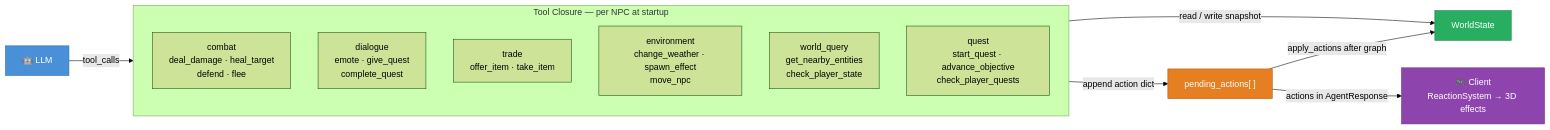
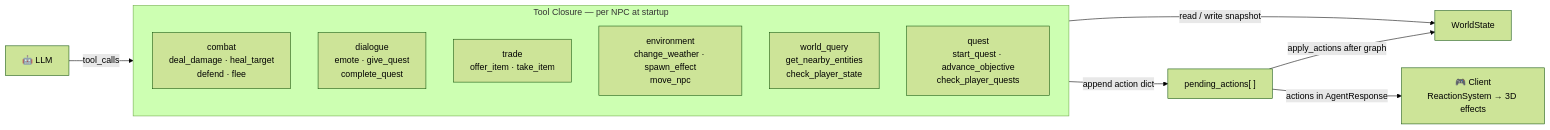
Before and after one commit to Zaexv/world-of-prompcraft: the fifth of 8 diagrams in server/ARCHITECTURE.md, drawn with Mermaid (forest theme). The commit also changed other lines of this file and 1 other file, not shown here.

Commit message:
docs: update architecture docs for zonal manifest overhaul

````diff
--- a/server/ARCHITECTURE.md
+++ b/server/ARCHITECTURE.md
@@ -169,29 +161,24 @@
 ```mermaid
 flowchart LR
     LLM["🤖 LLM"]
 
     subgraph closure["Tool Closure — per NPC at startup"]
         direction TB
         combat["combat\ndeal_damage · heal_target\ndefend · flee"]
         dialogue["dialogue\nemote · give_quest\ncomplete_quest"]
         trade["trade\noffer_item · take_item"]
         env["environment\nchange_weather · spawn_effect\nmove_npc"]
         query["world_query\nget_nearby_entities\ncheck_player_state"]
         quest["quest\nstart_quest · advance_objective\ncheck_player_quests"]
     end
 
     pending["pending_actions[ ]"]
     worldstate["WorldState"]
     client["🎮 Client\nReactionSystem → 3D effects"]
 
     LLM -->|"tool_calls"| closure
     closure -->|"append action dict"| pending
     closure -->|"read / write snapshot"| worldstate
     pending -->|"apply_actions after graph"| worldstate
     pending -->|"actions in AgentResponse"| client
-
-    style LLM fill:#4a90d9,color:#fff,stroke:#2c6fad
-    style pending fill:#e67e22,color:#fff,stroke:#b55c0e
-    style worldstate fill:#27ae60,color:#fff,stroke:#1a7a42
-    style client fill:#8e44ad,color:#fff,stroke:#6a2f82
 ```
````
